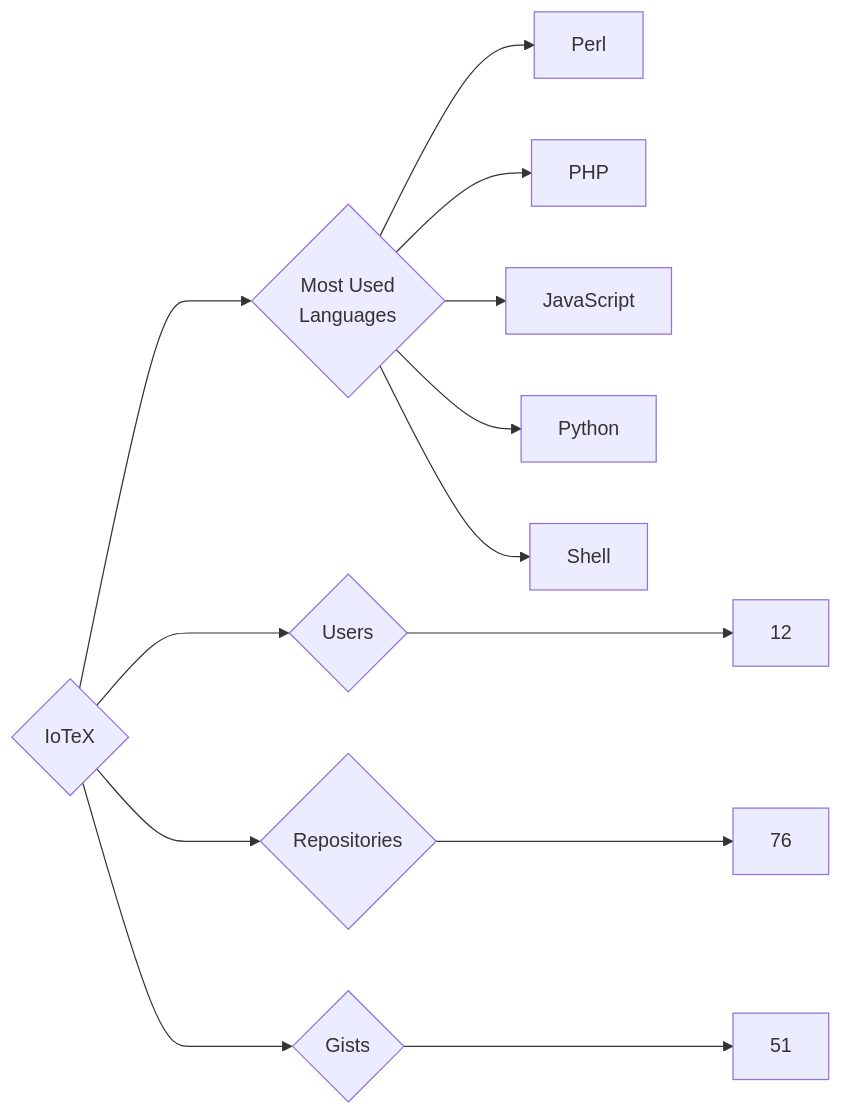
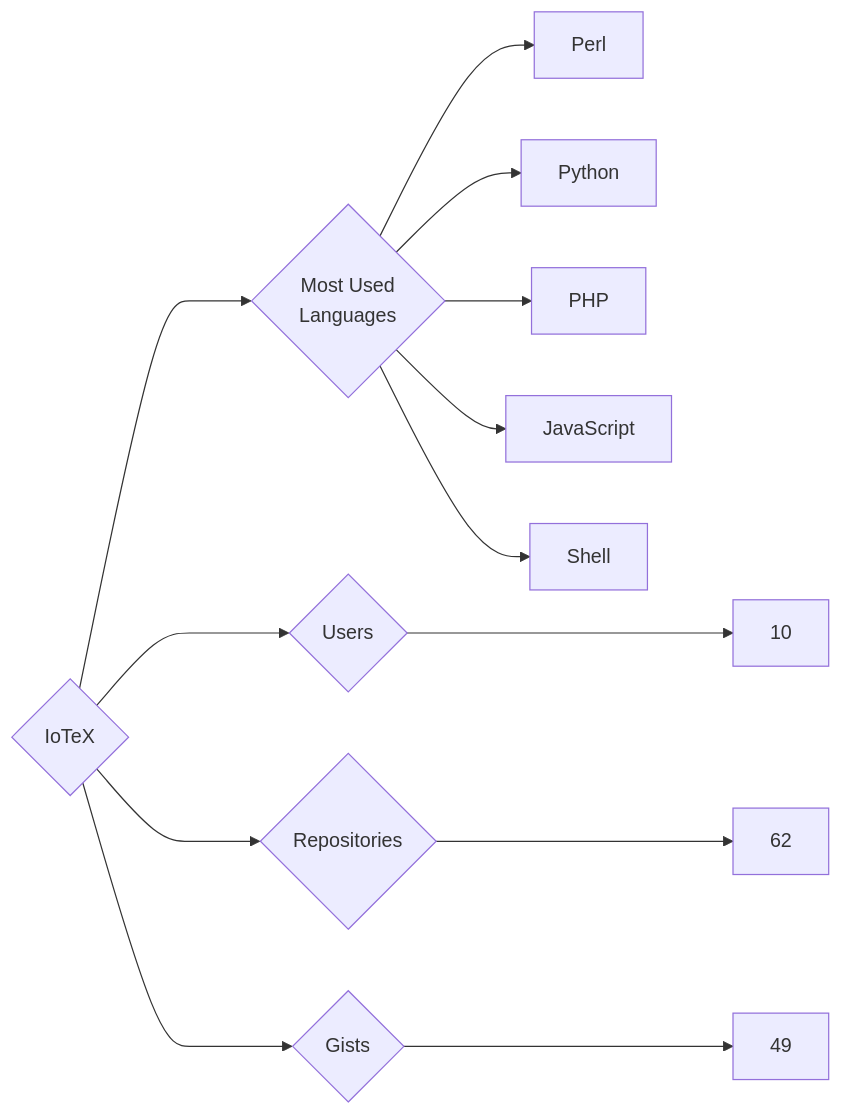
The diagram in targets/IoTeX/README.md (trickest/insiders), drawn with Mermaid before and after one commit. The commit also changed 1092 other files, not shown here.

````diff
--- a/targets/IoTeX/README.md
+++ b/targets/IoTeX/README.md
@@ -3,13 +3,13 @@
 ```mermaid
 graph LR
 COMPANY_NAME{IoTeX}
-COMPANY_NAME ---> U{Users} ---> UN[12]
-COMPANY_NAME ---> R{Repositories} ---> RN[76]
-COMPANY_NAME ---> G{Gists} ---> GN[51]
+COMPANY_NAME ---> U{Users} ---> UN[10]
+COMPANY_NAME ---> R{Repositories} ---> RN[62]
+COMPANY_NAME ---> G{Gists} ---> GN[49]
 COMPANY_NAME ---> ML{Most Used<br>Languages}
 ML --> Perl[Perl]
+ML --> Python[Python]
 ML --> PHP[PHP]
 ML --> JavaScript[JavaScript]
-ML --> Python[Python]
 ML --> Shell[Shell]
 ```
````
